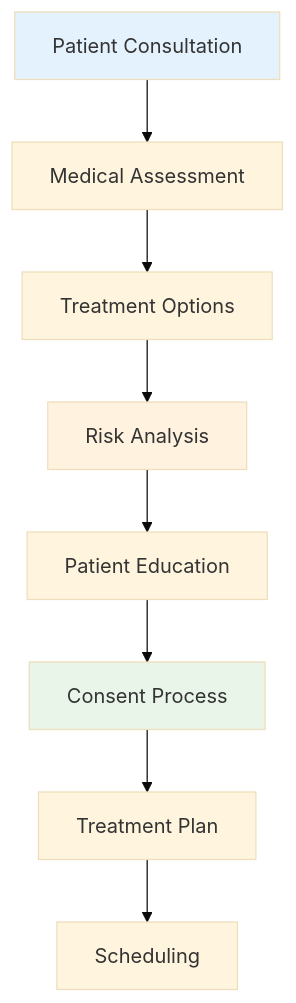
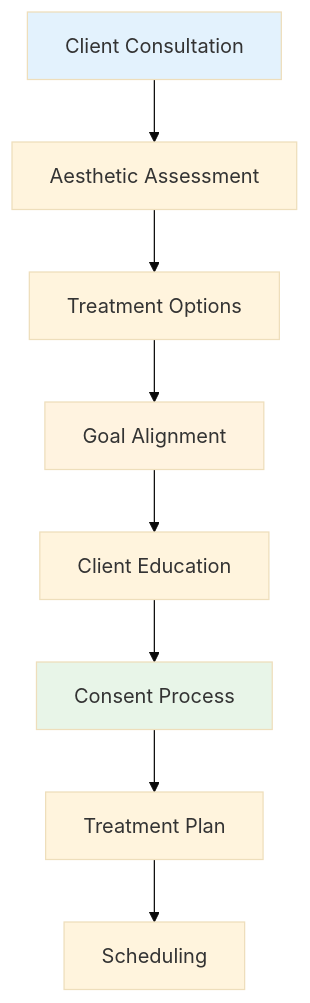
Before and after one commit to GrupoUS/neonpro: the tenth of 16 diagrams in docs/architecture/aesthetic-platform-flows.md, drawn with Mermaid (base theme). The commit also changed other lines of this file and 892 other files, not shown here.

````diff
--- a/docs/architecture/aesthetic-platform-flows.md
+++ b/docs/architecture/aesthetic-platform-flows.md
@@ -387,14 +507,14 @@
 ```mermaid
 flowchart TD
-    A[Patient Consultation] --> B[Medical Assessment]
+    A[Client Consultation] --> B[Aesthetic Assessment]
     B --> C[Treatment Options]
-    C --> D[Risk Analysis]
-    D --> E[Patient Education]
+    C --> D[Goal Alignment]
+    D --> E[Client Education]
     E --> F[Consent Process]
     F --> G[Treatment Plan]
     G --> H[Scheduling]
 
     style A fill:#e3f2fd
     style D fill:#fff3e0
     style F fill:#e8f5e8
 ```
````
